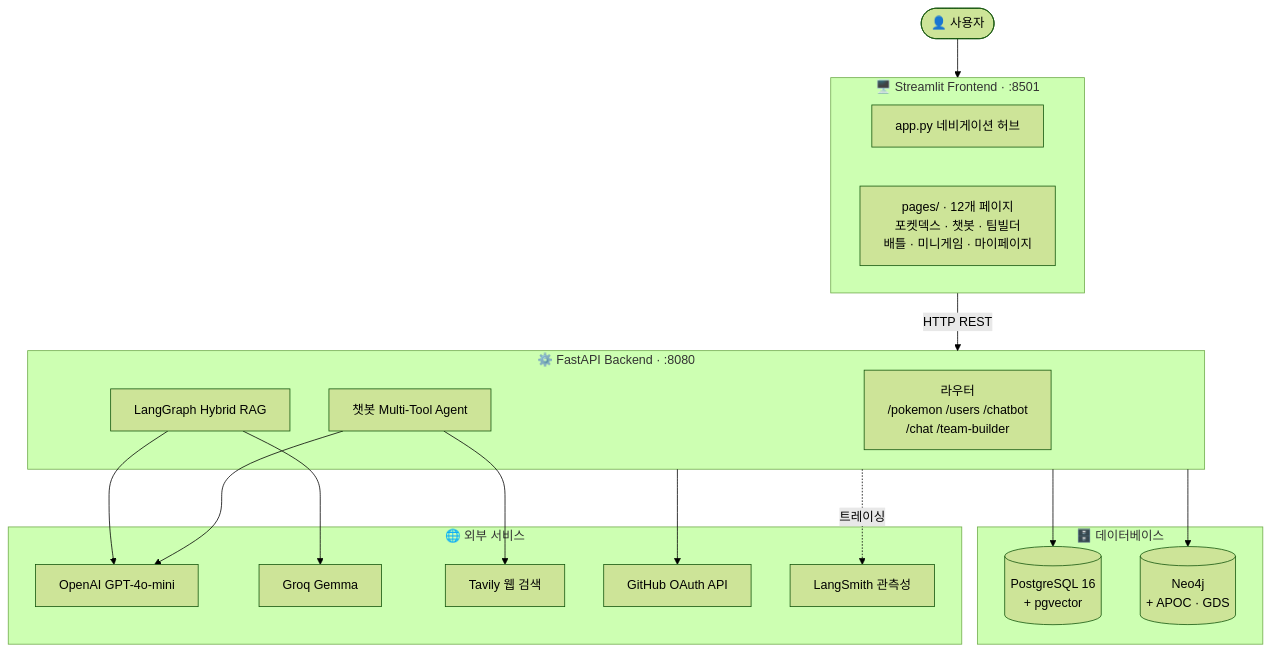
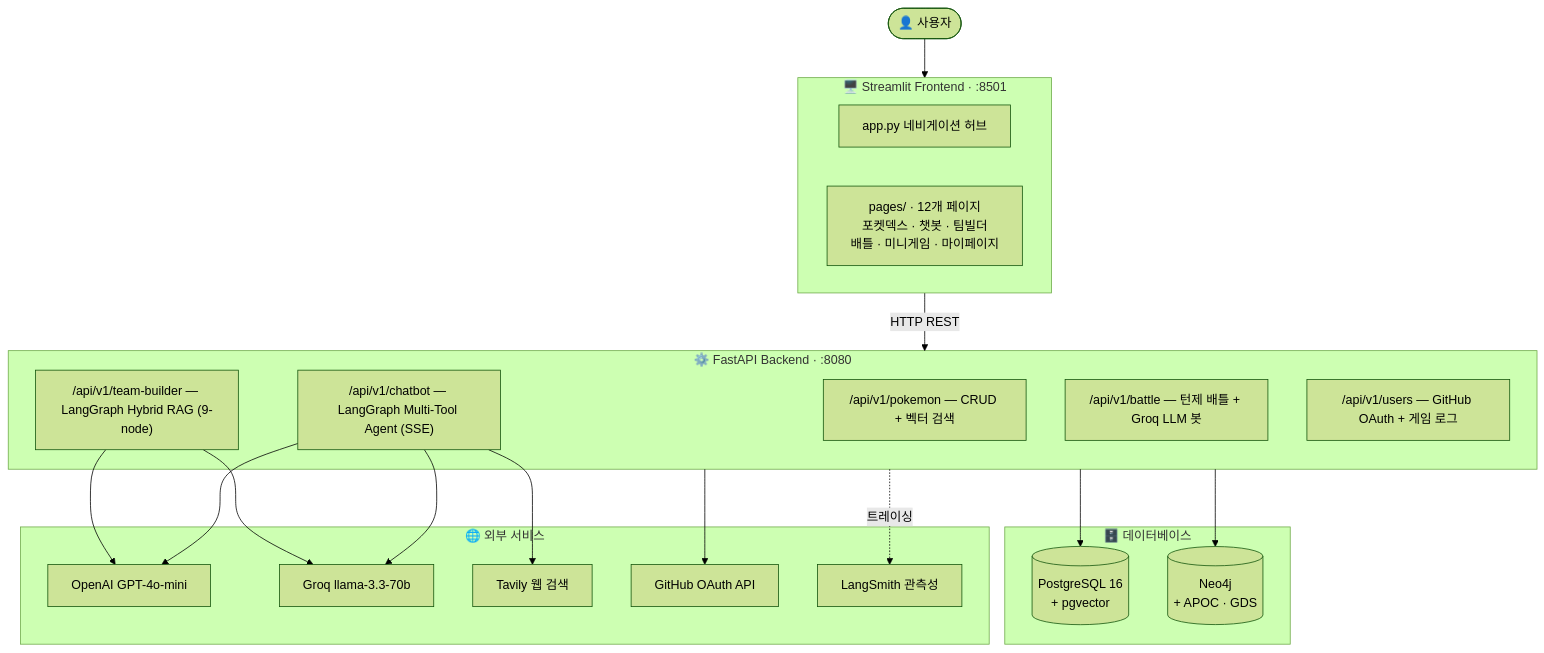
Before and after one commit to SKNETWORKS-FAMILY-AICAMP/SKN27-3rd-3TEAM: the first of 12 diagrams in README.md, drawn with Mermaid (forest theme). The commit also changed other lines of this file, not shown here.

````diff
--- a/README.md
+++ b/README.md
@@ -65,36 +84,38 @@
 ```mermaid
 flowchart TD
     User([👤 사용자])
 
     subgraph FE["🖥️ Streamlit Frontend · :8501"]
         App["app.py 네비게이션 허브"]
         Pages["pages/ · 12개 페이지\n포켓덱스 · 챗봇 · 팀빌더\n배틀 · 미니게임 · 마이페이지"]
     end
 
     subgraph BE["⚙️ FastAPI Backend · :8080"]
-        Router["라우터\n/pokemon /users /chatbot\n/chat /team-builder"]
-        RAG["LangGraph Hybrid RAG"]
-        AgentSvc["챗봇 Multi-Tool Agent"]
+        R1["/api/v1/pokemon — CRUD + 벡터 검색"]
+        R2["/api/v1/team-builder — LangGraph Hybrid RAG (9-node)"]
+        R3["/api/v1/chatbot — LangGraph Multi-Tool Agent (SSE)"]
+        R4["/api/v1/battle — 턴제 배틀 + Groq LLM 봇"]
+        R5["/api/v1/users — GitHub OAuth + 게임 로그"]
     end
 
     subgraph DB["🗄️ 데이터베이스"]
         PG[("PostgreSQL 16\n+ pgvector")]
         Neo[("Neo4j\n+ APOC · GDS")]
     end
 
     subgraph Ext["🌐 외부 서비스"]
         OpenAI["OpenAI GPT-4o-mini"]
-        Groq["Groq Gemma"]
+        Groq["Groq llama-3.3-70b"]
         Tavily["Tavily 웹 검색"]
         GH["GitHub OAuth API"]
         LS["LangSmith 관측성"]
     end
 
     User --> FE
     FE -->|HTTP REST| BE
     BE --> PG & Neo
-    RAG --> OpenAI & Groq
-    AgentSvc --> Tavily & OpenAI
+    R2 & R3 --> OpenAI & Groq
+    R3 --> Tavily
     BE --> GH
     BE -.->|트레이싱| LS
 ```
````
